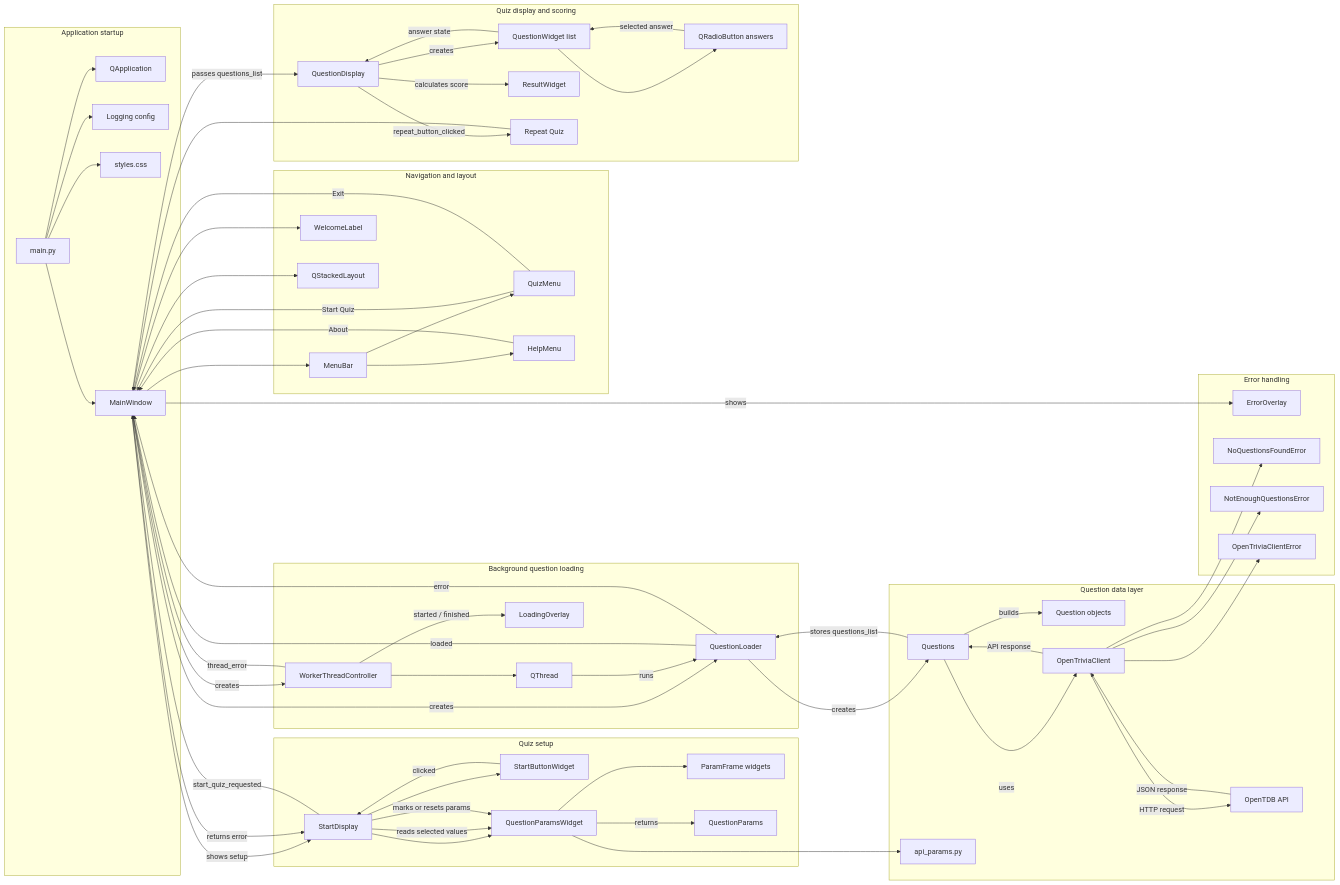
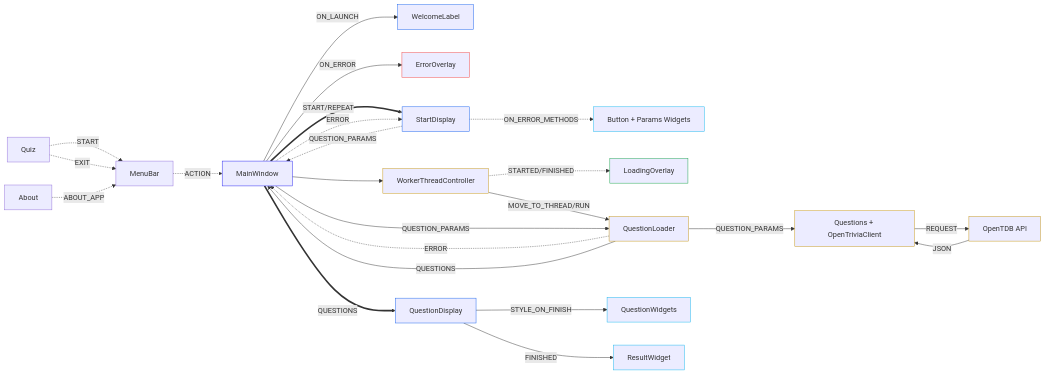
The diagram in docs/application-data-flow.md (Glover012/quiz-app), drawn with Mermaid before and after one commit. The commit also changed other lines of this file and 8 other files, not shown here.

First line of the commit message:
refactor: load questions explicitly and update app flow docs

````diff
--- a/docs/application-data-flow.md
+++ b/docs/application-data-flow.md
@@ -42,113 +13,68 @@
 ```mermaid
 flowchart LR
-    subgraph Startup["Application startup"]
-        Main["main.py"]
-        App["QApplication"]
-        Logging["Logging config"]
-        Styles["styles.css"]
-        Window["MainWindow"]
-    end
+    MainWindow["MainWindow"]
+    MenuBar["MenuBar"]
+    Quiz["Quiz"]
+    About["About"]
+    WelcomeLabel["WelcomeLabel"]
+    ErrorOverlay["ErrorOverlay"]
+    StartDisplay["StartDisplay"]
+    StartDisplayWidgets["Button + Params Widgets"]
+    WorkerThreadController["WorkerThreadController"]
+    LoadingOverlay["LoadingOverlay"]
+    QuestionLoader["QuestionLoader"]
+    Data["Questions + OpenTriviaClient"]
+    API["OpenTDB API"]
+    QuestionDisplay["QuestionDisplay"]
+    QuestionWidgets["QuestionWidgets"]
+    Result["ResultWidget"]
 
-    subgraph Navigation["Navigation and layout"]
-        MenuBar["MenuBar"]
-        QuizMenu["QuizMenu"]
-        HelpMenu["HelpMenu"]
-        Welcome["WelcomeLabel"]
-        Stack["QStackedLayout"]
-    end
+    %%MainWindow --> MenuBar
+    MenuBar -.-> |"ACTION"| MainWindow
 
-    subgraph Setup["Quiz setup"]
-        Start["StartDisplay"]
-        StartButton["StartButtonWidget"]
-        Params["QuestionParamsWidget"]
-        ParamFrames["ParamFrame widgets"]
-        QuestionParams["QuestionParams"]
-    end
+    Quiz -.->|"START"| MenuBar
+    Quiz -.-> |"EXIT"| MenuBar
+    About -.->|"ABOUT_APP"| MenuBar
 
-    subgraph Loading["Background question loading"]
-        Controller["WorkerThreadController"]
-        Thread["QThread"]
-        Loader["QuestionLoader"]
-        LoadingOverlay["LoadingOverlay"]
-    end
+    MainWindow -->|"ON_ERROR"| ErrorOverlay
 
-    subgraph Data["Question data layer"]
-        Questions["Questions"]
-        Question["Question objects"]
-        Client["OpenTriviaClient"]
-        ApiParams["api_params.py"]
-        API["OpenTDB API"]
-    end
+    MainWindow -->|"ON_LAUNCH"| WelcomeLabel
 
-    subgraph Quiz["Quiz display and scoring"]
-        Display["QuestionDisplay"]
-        QuestionWidgets["QuestionWidget list"]
-        AnswerButtons["QRadioButton answers"]
-        Result["ResultWidget"]
-        Repeat["Repeat Quiz"]
-    end
+    MainWindow ==> |"START/REPEAT"| StartDisplay
+    MainWindow -.-> |"ERROR"| StartDisplay
+    StartDisplay -.->|"QUESTION_PARAMS"| MainWindow
+    StartDisplay -.->|"ON_ERROR_METHODS"| StartDisplayWidgets
 
-    subgraph Errors["Error handling"]
-        ErrorOverlay["ErrorOverlay"]
-        NoQuestions["NoQuestionsFoundError"]
-        NotEnough["NotEnoughQuestionsError"]
-        ClientError["OpenTriviaClientError"]
-    end
+    MainWindow --> WorkerThreadController
+    WorkerThreadController -.-> |"STARTED/FINISHED"| LoadingOverlay
+    WorkerThreadController --> |"MOVE_TO_THREAD/RUN"| QuestionLoader
 
-    Main --> App
-    Main --> Logging
-    Main --> Styles
-    Main --> Window
+    MainWindow -->|"QUESTION_PARAMS"| QuestionLoader
+    QuestionLoader -.-> |"ERROR"| MainWindow
+    QuestionLoader --> |"QUESTIONS"| MainWindow
+    QuestionLoader --> |"QUESTION_PARAMS"| Data
+    Data --> |"REQUEST"| API
+    API -->|"JSON"| Data
 
-    Window --> Stack
-    Window --> MenuBar
-    Window --> Welcome
-    MenuBar --> QuizMenu
-    MenuBar --> HelpMenu
-    QuizMenu -->|"Start Quiz"| Window
-    QuizMenu -->|"Exit"| Window
-    HelpMenu -->|"About"| Window
+    MainWindow ==> |"QUESTIONS"| QuestionDisplay
+    QuestionDisplay -->|"STYLE_ON_FINISH"| QuestionWidgets
+    QuestionDisplay -->|"FINISHED"| Result
+    
+    style MainWindow stroke: #231ff0
 
-    Window -->|"shows setup"| Start
-    Start --> StartButton
-    Start --> Params
-    Params --> ParamFrames
-    Params --> ApiParams
-    StartButton -->|"clicked"| Start
-    Start -->|"reads selected values"| Params
-    Params -->|"returns"| QuestionParams
-    Start -->|"start_quiz_requested"| Window
+    style ErrorOverlay stroke: #ef4444
+    style LoadingOverlay stroke: #16a34a
 
-    Window -->|"creates"| Loader
-    Window -->|"creates"| Controller
-    Controller --> Thread
-    Thread -->|"runs"| Loader
-    Controller -->|"started / finished"| LoadingOverlay
+    style StartDisplay stroke: #1762ee
+    style QuestionDisplay stroke: #1762ee
+    style WelcomeLabel stroke: #1762ee
 
-    Loader -->|"creates"| Questions
-    Questions -->|"uses"| Client
-    Client -->|"HTTP request"| API
-    API -->|"JSON response"| Client
-    Client -->|"API response"| Questions
-    Questions -->|"builds"| Question
-    Questions -->|"stores questions_list"| Loader
+    style StartDisplayWidgets stroke: #17b8ee
+    style QuestionWidgets stroke: #17b8ee
+    style Result stroke: #17b8ee
 
-    Loader -->|"loaded"| Window
-    Window -->|"passes questions_list"| Display
-    Display -->|"creates"| QuestionWidgets
-    QuestionWidgets --> AnswerButtons
-    AnswerButtons -->|"selected answer"| QuestionWidgets
-    QuestionWidgets -->|"answer state"| Display
-    Display -->|"calculates score"| Result
-    Display -->|"repeat_button_clicked"| Repeat
-    Repeat --> Window
-
-    Client --> NoQuestions
-    Client --> NotEnough
-    Client --> ClientError
-    Loader -->|"error"| Window
-    Controller -->|"thread_error"| Window
-    Window -->|"shows"| ErrorOverlay
-    Window -->|"returns error"| Start
-    Start -->|"marks or resets params"| Params
+    style WorkerThreadController stroke: #c69716
+    style QuestionLoader stroke: #c69716
+    style Data stroke: #c69716
+    style API stroke: #c69716
 ```
````
